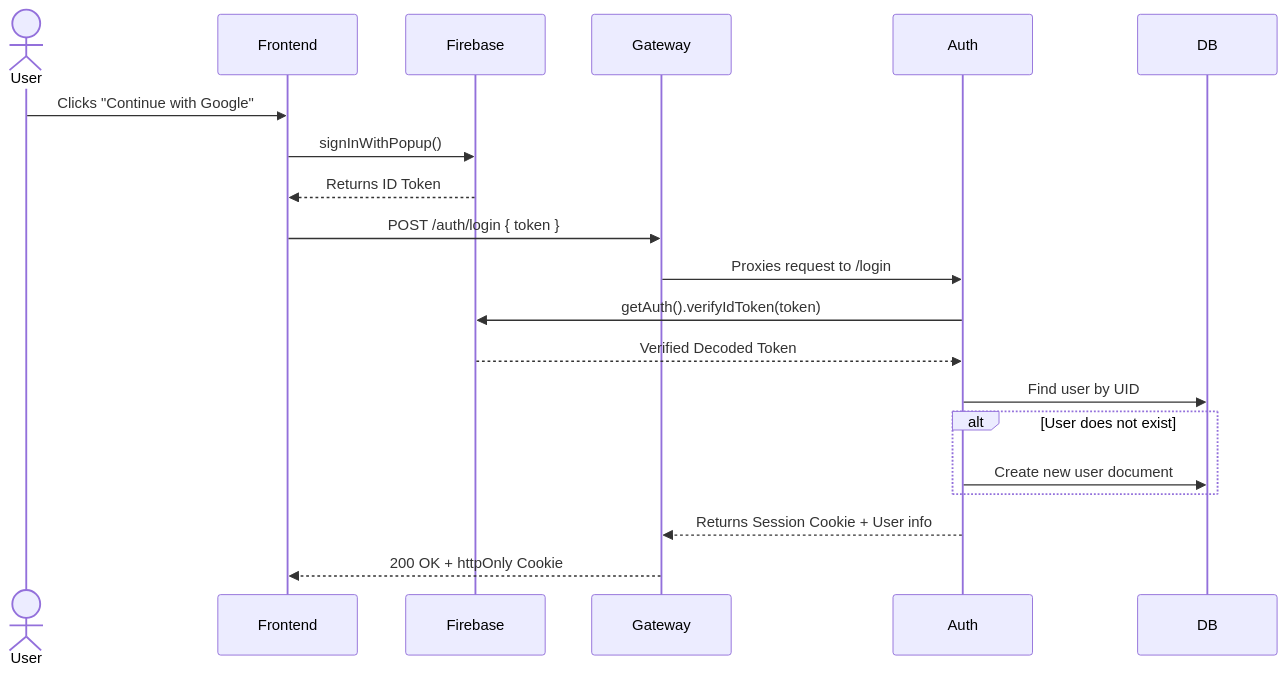
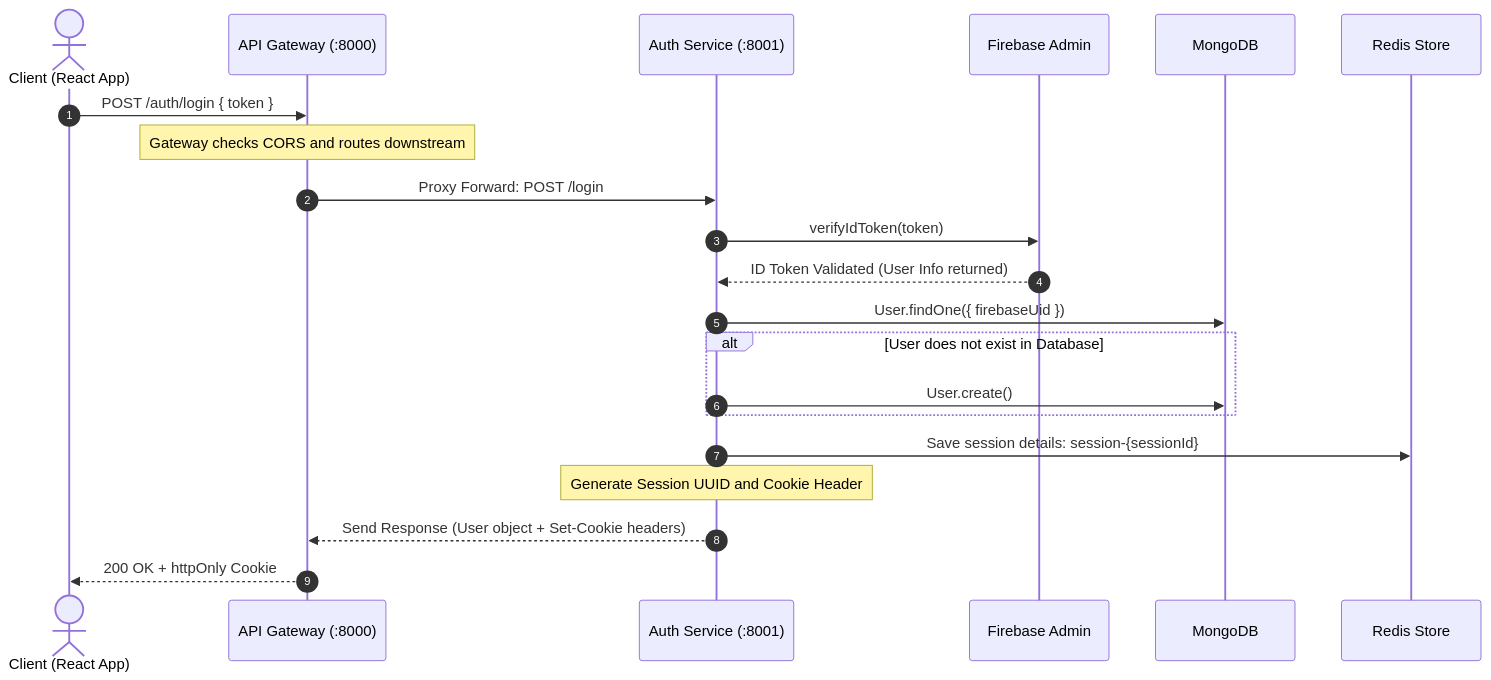
Before and after one commit to RajChaudhary7706/MultiAgentX: the second of 2 diagrams in README.md, drawn with Mermaid. The commit also changed other lines of this file, not shown here.

````diff
--- a/README.md
+++ b/README.md
@@ -269,23 +332,24 @@
 ```mermaid
 sequenceDiagram
-    actor User
-    participant Frontend
-    participant Firebase
-    participant Gateway
-    participant Auth
-    participant DB
+    autonumber
+    actor User as Client (React App)
+    participant GW as API Gateway (:8000)
+    participant Auth as Auth Service (:8001)
+    participant FB as Firebase Admin
+    participant DB as MongoDB
+    participant RD as Redis Store
 
-    User->>Frontend: Clicks "Continue with Google"
-    Frontend->>Firebase: signInWithPopup()
-    Firebase-->>Frontend: Returns ID Token
-    Frontend->>Gateway: POST /auth/login { token }
-    Gateway->>Auth: Proxies request to /login
-    Auth->>Firebase: getAuth().verifyIdToken(token)
-    Firebase-->>Auth: Verified Decoded Token
-    Auth->>DB: Find user by UID
-    alt User does not exist
-        Auth->>DB: Create new user document
+    User->>GW: POST /auth/login { token }
+    Note over GW: Gateway checks CORS and routes downstream
+    GW->>Auth: Proxy Forward: POST /login
+    Auth->>FB: verifyIdToken(token)
+    FB-->>Auth: ID Token Validated (User Info returned)
+    Auth->>DB: User.findOne({ firebaseUid })
+    alt User does not exist in Database
+        Auth->>DB: User.create()
     end
-    Auth-->>Gateway: Returns Session Cookie + User info
-    Gateway-->>Frontend: 200 OK + httpOnly Cookie
+    Auth->>RD: Save session details: session-{sessionId}
+    Note over Auth: Generate Session UUID and Cookie Header
+    Auth-->>GW: Send Response (User object + Set-Cookie headers)
+    GW-->>User: 200 OK + httpOnly Cookie
 ```
````
